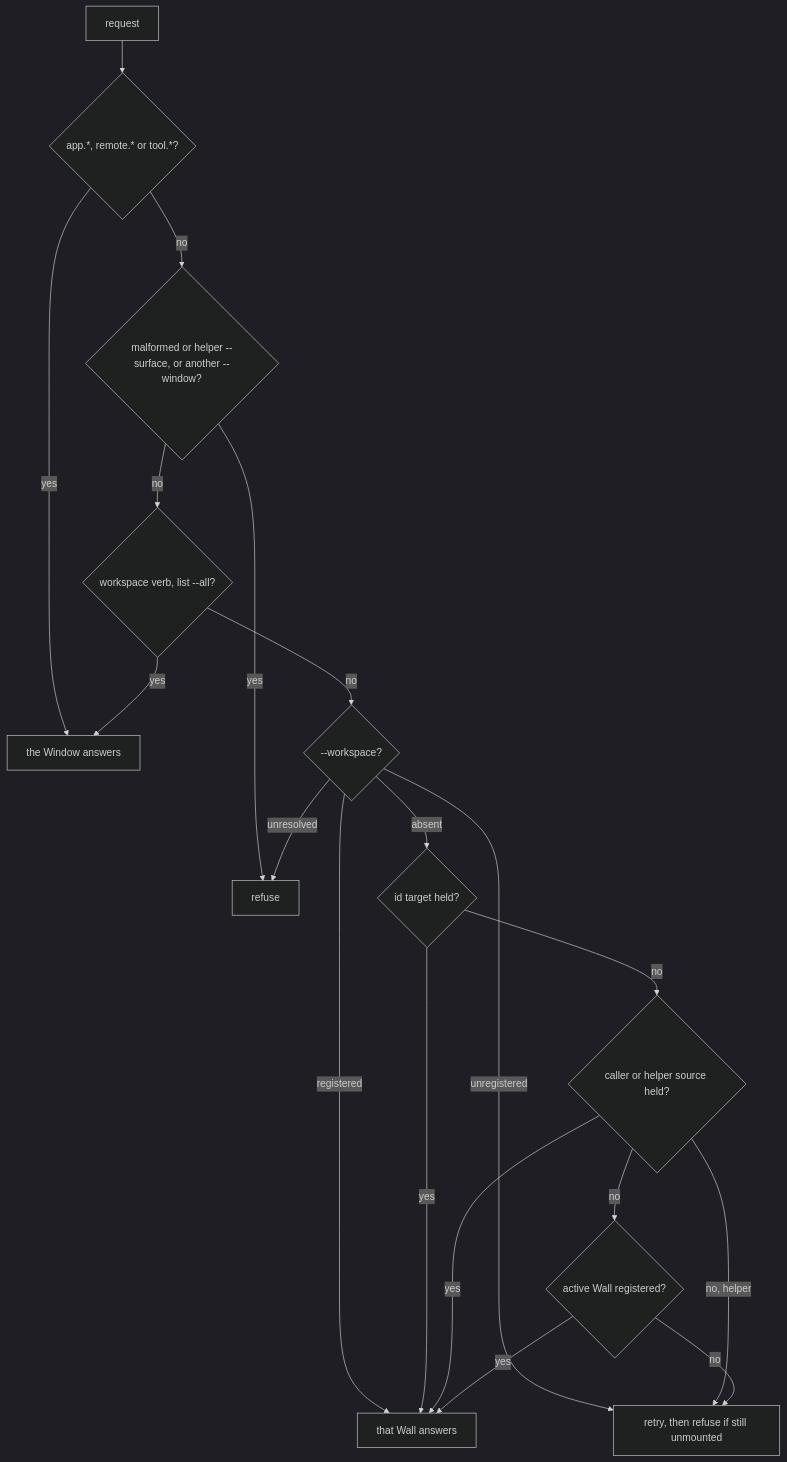
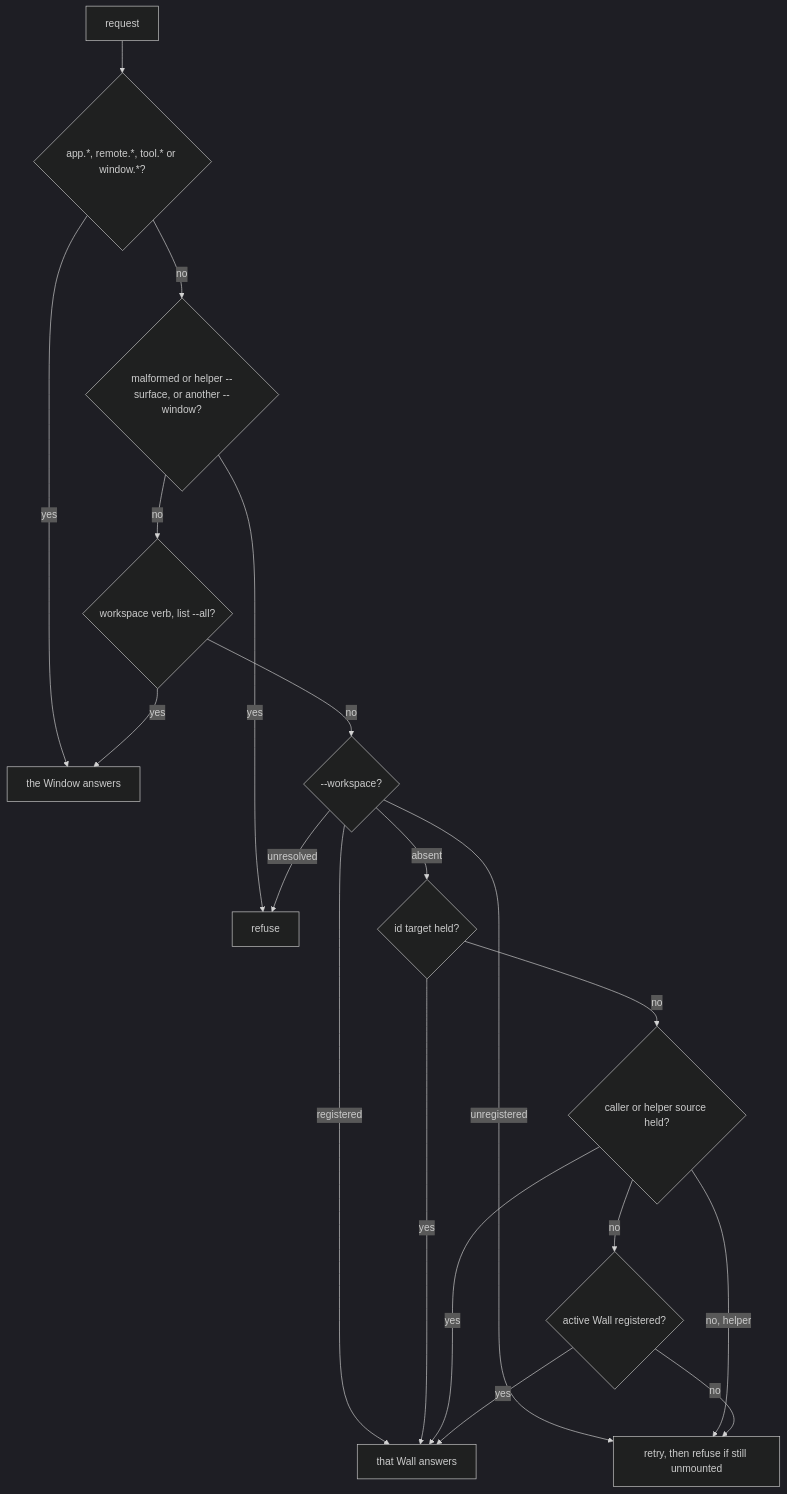
One commit to diffplug/dormouse changed the second of 2 diagrams in docs/specs/dor-cli.md. Above: the diagram before and after it, drawn with Mermaid (dark theme).

Commit message:
docs: route window.* through the Window in the Handle Model figure

````diff
--- a/docs/specs/dor-cli.md
+++ b/docs/specs/dor-cli.md
@@ -149,21 +149,21 @@
 ```mermaid
 flowchart TD
-  R[request] --> AT{app.*, remote.* or tool.*?}
+  R[request] --> AT{app.*, remote.*, tool.* or window.*?}
   AT -- yes --> WIN[the Window answers]
   AT -- no --> BAD{malformed or helper --surface, or another --window?}
   BAD -- yes --> REF[refuse]
   BAD -- no --> C{workspace verb, list --all?}
   C -- yes --> WIN
   C -- no --> WS{--workspace?}
   WS -- unresolved --> REF
   WS -- registered --> H[that Wall answers]
   WS -- unregistered --> P["retry, then refuse if still unmounted"]
   WS -- absent --> ST{id target held?}
   ST -- yes --> H
   ST -- no --> CA{caller or helper source held?}
   CA -- yes --> H
   CA -- no, helper --> P
   CA -- no --> AC{active Wall registered?}
   AC -- yes --> H
   AC -- no --> P
 ```
````
